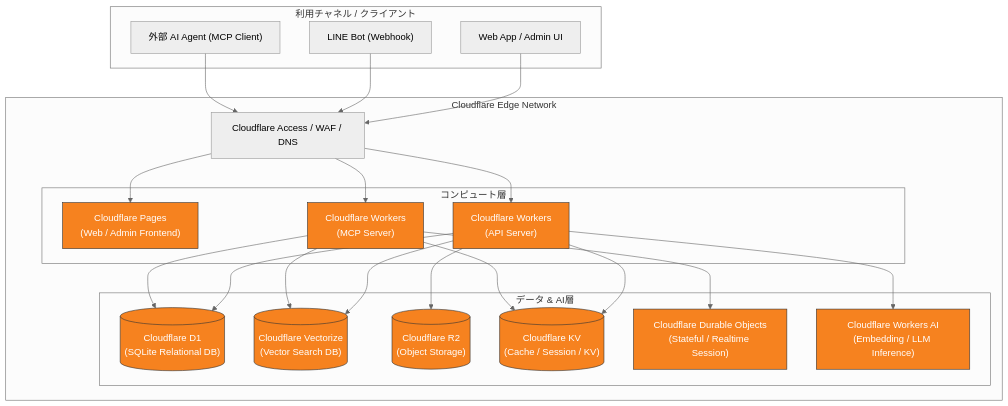
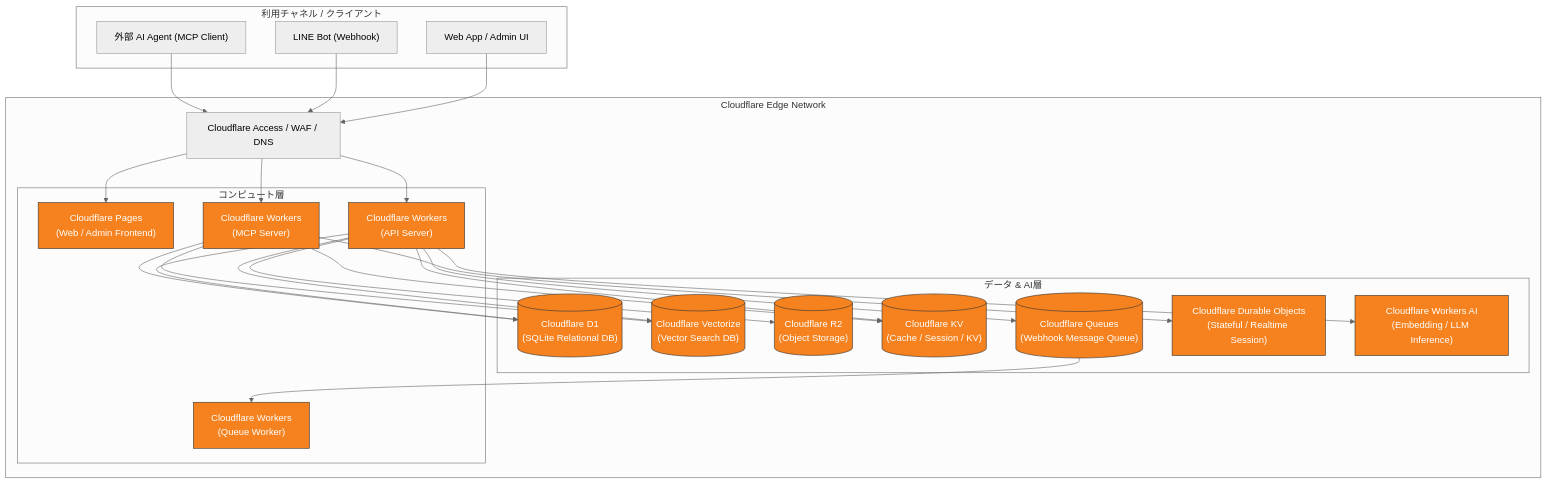
Before and after one commit to kkyosuke/me-builder: the diagram in docs/infrastructure-architecture.md, drawn with Mermaid (neutral theme). The commit also changed other lines of this file and 29 other files, not shown here.

````diff
--- a/docs/infrastructure-architecture.md
+++ b/docs/infrastructure-architecture.md
@@ -30,49 +30,54 @@
 ```mermaid
 flowchart TD
     subgraph Clients["利用チャネル / クライアント"]
         Web["Web App / Admin UI"]
         LINE["LINE Bot (Webhook)"]
         Agent["外部 AI Agent (MCP Client)"]
     end
 
     subgraph Edge["Cloudflare Edge Network"]
         CF_Sec["Cloudflare Access / WAF / DNS"]
         
         subgraph Compute["コンピュート層"]
             Pages["Cloudflare Pages<br/>(Web / Admin Frontend)"]
             WorkersAPI["Cloudflare Workers<br/>(API Server)"]
             WorkersMCP["Cloudflare Workers<br/>(MCP Server)"]
+            WorkersWorker["Cloudflare Workers<br/>(Queue Worker)"]
         end
 
         subgraph Storage["データ & AI層"]
             D1[("Cloudflare D1<br/>(SQLite Relational DB)")]
             Vectorize[("Cloudflare Vectorize<br/>(Vector Search DB)")]
             R2[("Cloudflare R2<br/>(Object Storage)")]
             KV[("Cloudflare KV<br/>(Cache / Session / KV)")]
+            Queues[("Cloudflare Queues<br/>(Webhook Message Queue)")]
             DO["Cloudflare Durable Objects<br/>(Stateful / Realtime Session)"]
             WorkersAI["Cloudflare Workers AI<br/>(Embedding / LLM Inference)"]
         end
     end
 
     Web --> CF_Sec
     LINE --> CF_Sec
     Agent --> CF_Sec
 
     CF_Sec --> Pages
     CF_Sec --> WorkersAPI
     CF_Sec --> WorkersMCP
 
+    WorkersAPI --> Queues
+    Queues --> WorkersWorker
+
     WorkersAPI --> D1
     WorkersAPI --> R2
     WorkersAPI --> KV
     WorkersAPI --> Vectorize
     WorkersAPI --> WorkersAI
 
     WorkersMCP --> DO
     WorkersMCP --> D1
     WorkersMCP --> Vectorize
     WorkersMCP --> KV
 
     classDef cfFill fill:#f6821f,stroke:#333,stroke-width:1px,color:#fff;
-    class Pages,WorkersAPI,WorkersMCP,D1,Vectorize,R2,KV,DO,WorkersAI cfFill;
+    class Pages,WorkersAPI,WorkersMCP,WorkersWorker,D1,Vectorize,R2,KV,Queues,DO,WorkersAI cfFill;
 ```
````
